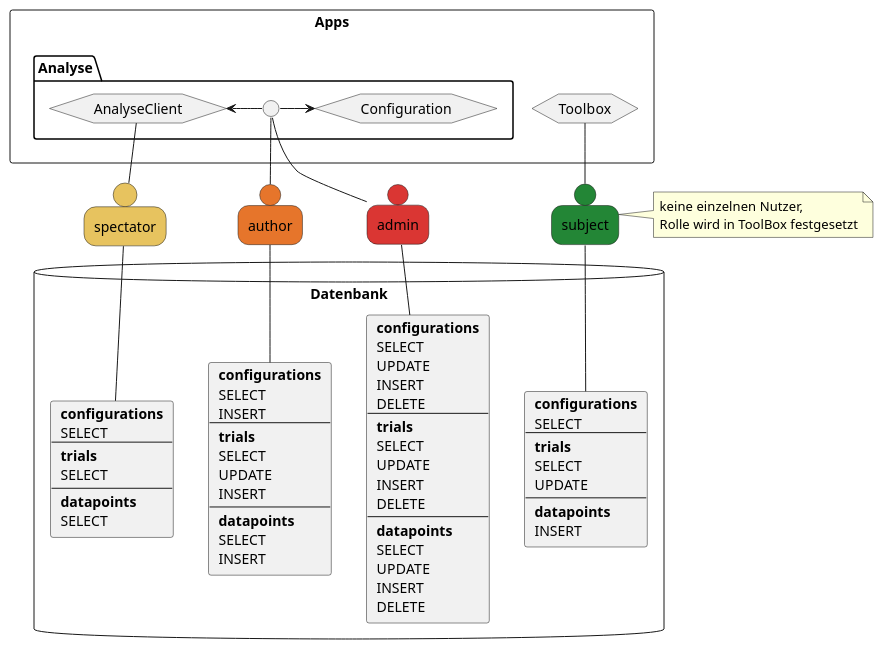
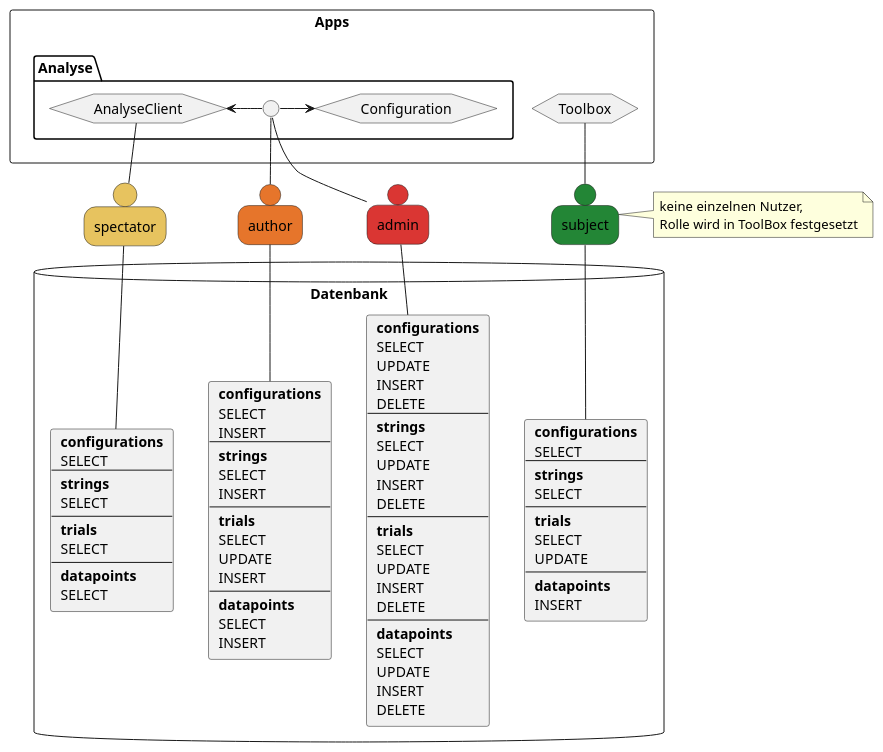
Before and after one commit to weichware-10/dokumente: the diagram in uml-usecase/db/users.puml, drawn with PlantUML. The commit also changed 2 other files, not shown here.

```diff
--- a/uml-usecase/db/users.puml
+++ b/uml-usecase/db/users.puml
@@ -1,97 +1,113 @@
 @startuml users
 ' left to right direction
 
 rectangle Apps {
     hexagon Toolbox as tb
     package Analyse as a {
         hexagon AnalyseClient as ac
         hexagon Configuration as co
         interface " " as both
         both -l-> ac
         both -r-> co
     }
 }
 
 person subject      as su #238636
 person spectator    as sp #E7C35F
 person author       as au #E6752B
 person admin        as ad #DA3633
 
 
 note right of su
     keine einzelnen Nutzer,
     Rolle wird in ToolBox festgesetzt
 end note
 
 database Datenbank {
     ' SUBJECT
     card dbsu [
         **configurations**
         SELECT
         --
+        **strings**
+        SELECT
+        --
         **trials**
         SELECT
         UPDATE
         --
         **datapoints**
         INSERT
     ]
     ' SPECTATOR
     card dbsp [
         **configurations**
         SELECT
         --
+        **strings**
+        SELECT
+        --
         **trials**
         SELECT
         --
         **datapoints**
         SELECT
     ]
     ' AUTHOR
     card dbau [
         **configurations**
+        SELECT
+        INSERT
+        --
+        **strings**
         SELECT
         INSERT
         --
         **trials**
         SELECT
         UPDATE
         INSERT
         --
         **datapoints**
         SELECT
         INSERT
     ]
     ' ADMIN
     card dbad [
         **configurations**
+        SELECT
+        UPDATE
+        INSERT
+        DELETE
+        --
+        **strings**
         SELECT
         UPDATE
         INSERT
         DELETE
         --
         **trials**
         SELECT
         UPDATE
         INSERT
         DELETE
         --
         **datapoints**
         SELECT
         UPDATE
         INSERT
         DELETE
     ]
 }
 
 su -u- tb
 sp -u- ac
 au -u- both
 ad -u- both
 
 su -- dbsu
 sp -- dbsp
 au -- dbau
 ad -- dbad
 
 @enduml
```
